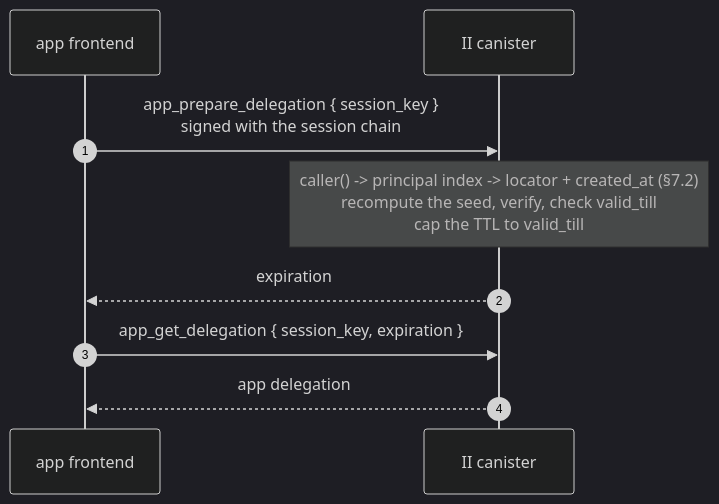
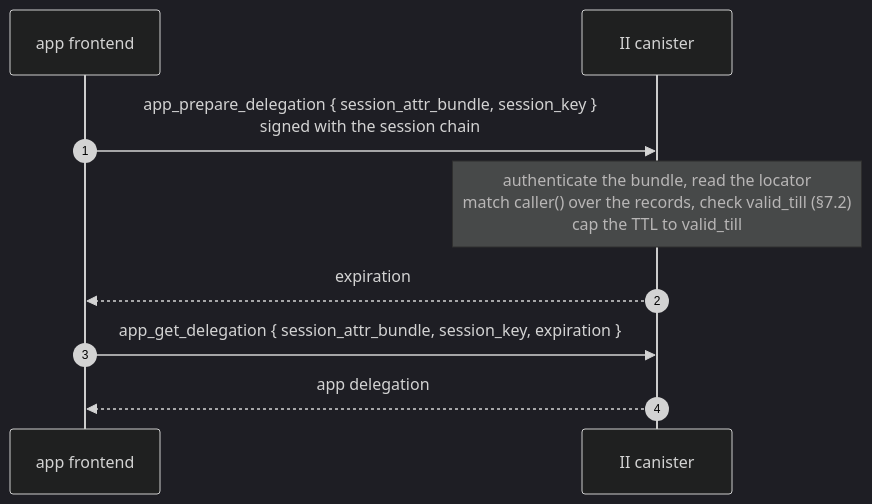
Before and after one commit to dfinity/internet-identity: the fifth of 7 diagrams in docs/ongoing/revocable-app-sessions.md, drawn with Mermaid (dark theme). The commit also changed other lines of this file, not shown here.

````diff
--- a/docs/ongoing/revocable-app-sessions.md
+++ b/docs/ongoing/revocable-app-sessions.md
@@ -320,11 +324,11 @@
 ```mermaid
 sequenceDiagram
     autonumber
     participant App as app frontend
     participant IIC as II canister
-    App->>IIC: app_prepare_delegation { session_key }<br/>signed with the session chain
-    Note over IIC: caller() -> principal index -> locator + created_at (§7.2)<br/>recompute the seed, verify, check valid_till<br/>cap the TTL to valid_till
+    App->>IIC: app_prepare_delegation { session_attr_bundle, session_key }<br/>signed with the session chain
+    Note over IIC: authenticate the bundle, read the locator<br/>match caller() over the records, check valid_till (§7.2)<br/>cap the TTL to valid_till
     IIC-->>App: expiration
-    App->>IIC: app_get_delegation { session_key, expiration }
+    App->>IIC: app_get_delegation { session_attr_bundle, session_key, expiration }
     IIC-->>App: app delegation
 ```
````
